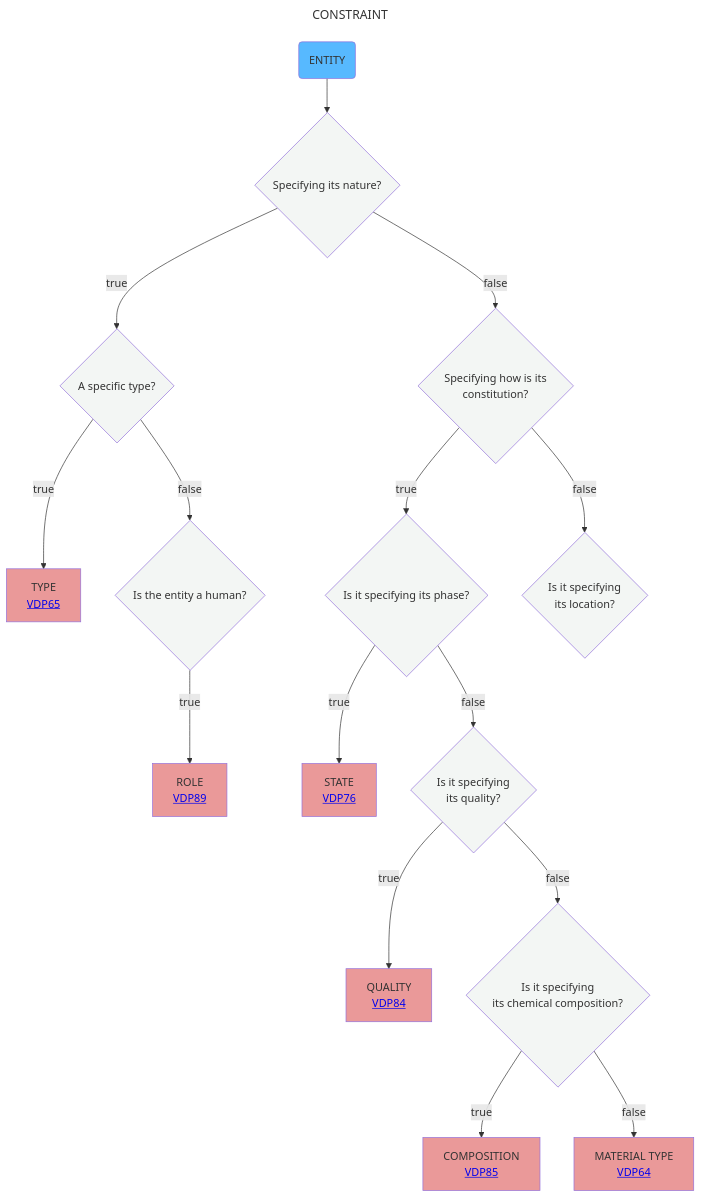
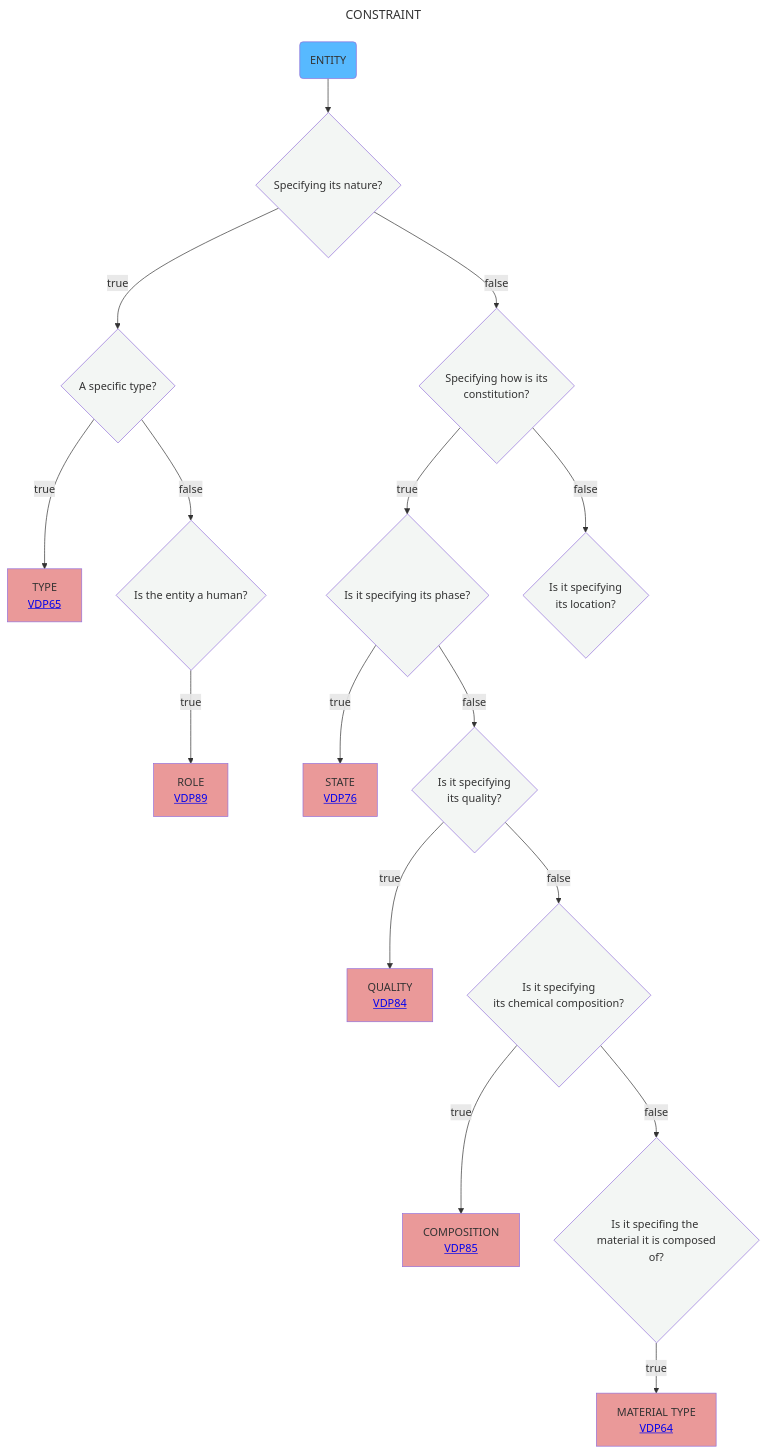
The diagram in Decisition_trees/DT8.mmd (mabablue/I-ADOPT-patterns-playground), drawn with Mermaid before and after one commit.

```diff
--- a/Decisition_trees/DT8.mmd
+++ b/Decisition_trees/DT8.mmd
@@ -1,24 +1,25 @@
 ---
 title: CONSTRAINT
 ---
 flowchart TD
     A(ENTITY):::satblue  --> AB{Specifying its nature?}:::white
     AB --> |true|B{A specific type?}:::white
     AB --> |false|E{Specifying how is its <br> constitution?}:::white
     B --> |true|C[TYPE <br> <a href='https://github.com/mabablue/I-ADOPT-patterns-playground/blob/main/pattern/VDP65.yaml'>VDP65</a>]:::rose
     B --> |false|D{Is the entity a human?}:::white
     D --> |true|F[ROLE <br> <a href='https://github.com/mabablue/I-ADOPT-patterns-playground/blob/main/pattern/VDP89.yaml'>VDP89</a>]:::rose
     E --> |true|G{Is it specifying its phase?}:::white
     E --> |false|R{Is it specifying <br> its location?}:::white
     G --> |true|H[STATE <br> <a href='https://github.com/mabablue/I-ADOPT-patterns-playground/blob/main/pattern/VDP76.yaml'>VDP76</a>]:::rose
     G --> |false|I{Is it specifying <br> its quality?}:::white
     I --> |true|K[QUALITY <br> <a href='https://github.com/mabablue/I-ADOPT-patterns-playground/blob/main/pattern/VDP84.yaml'>VDP84</a>]:::rose
     I --> |false|L{Is it specifying <br> its chemical composition?}:::white
     L --> |true|M[COMPOSITION <br> <a href='https://github.com/mabablue/I-ADOPT-patterns-playground/blob/main/pattern/VDP85.yaml'>VDP85</a>]:::rose
-    L --> |false|N[MATERIAL TYPE <br> <a href='https://github.com/mabablue/I-ADOPT-patterns-playground/blob/main/pattern/VDP64.yaml'>VDP64</a>]:::rose
+    L --> |false|N{Is it specifing the <br> material it is composed of?}:::white
+    N --> |true|O[MATERIAL TYPE <br> <a href='https://github.com/mabablue/I-ADOPT-patterns-playground/blob/main/pattern/VDP64.yaml'>VDP64</a>]:::rose
    
    classDef blue fill:#90D5FF
    classDef satblue fill:#57B9FF 
    classDef white fill:#f3f6f4
    classDef green fill:#6aa84f
    classDef rose fill:#ea9999
```
